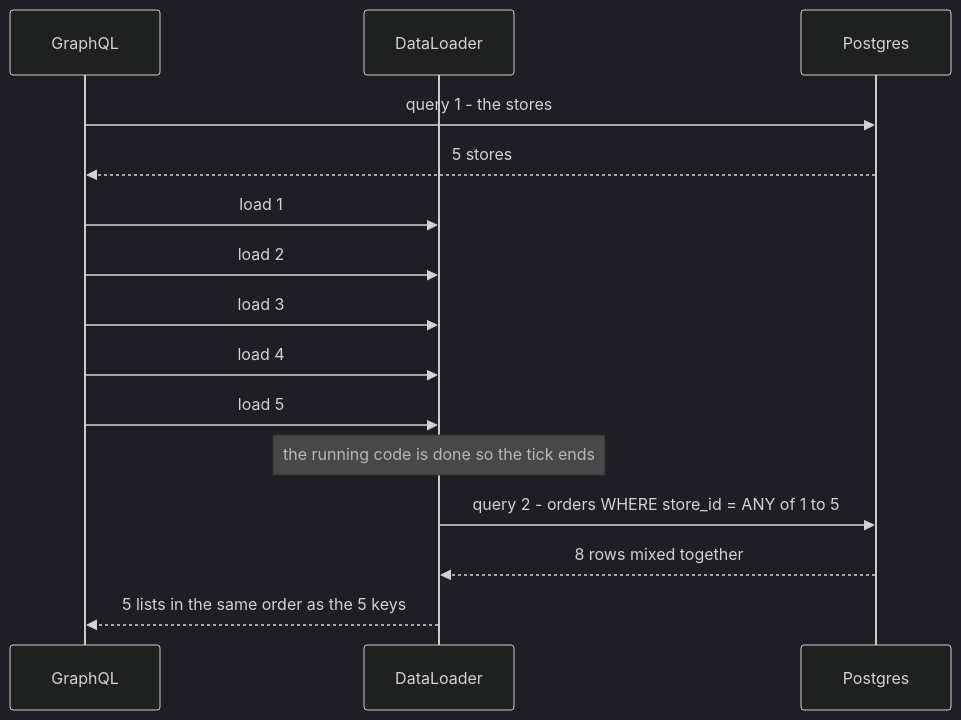
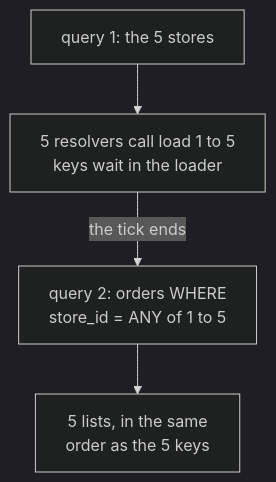
One commit to starjustice/research-material changed the third of 4 diagrams in learn/database/12-n-plus-1-queries-and-orms.md. Above: the diagram before and after it, drawn with Mermaid (dark theme). The commit also changed other lines of this file, not shown here.

````diff
--- a/learn/database/12-n-plus-1-queries-and-orms.md
+++ b/learn/database/12-n-plus-1-queries-and-orms.md
@@ -71,17 +197,6 @@
 ```mermaid
-sequenceDiagram
-    participant G as GraphQL
-    participant L as DataLoader
-    participant D as Postgres
-    G->>D: query 1 - the stores
-    D-->>G: 5 stores
-    G->>L: load 1
-    G->>L: load 2
-    G->>L: load 3
-    G->>L: load 4
-    G->>L: load 5
-    Note over L: the running code is done so the tick ends
-    L->>D: query 2 - orders WHERE store_id = ANY of 1 to 5
-    D-->>L: 8 rows mixed together
-    L-->>G: 5 lists in the same order as the 5 keys
+graph TB
+    S["query 1: the 5 stores"] --> L["5 resolvers call load 1 to 5<br/>keys wait in the loader"]
+    L -->|the tick ends| Q["query 2: orders WHERE<br/>store_id = ANY of 1 to 5"]
+    Q --> R["5 lists, in the same<br/>order as the 5 keys"]
 ```
````
